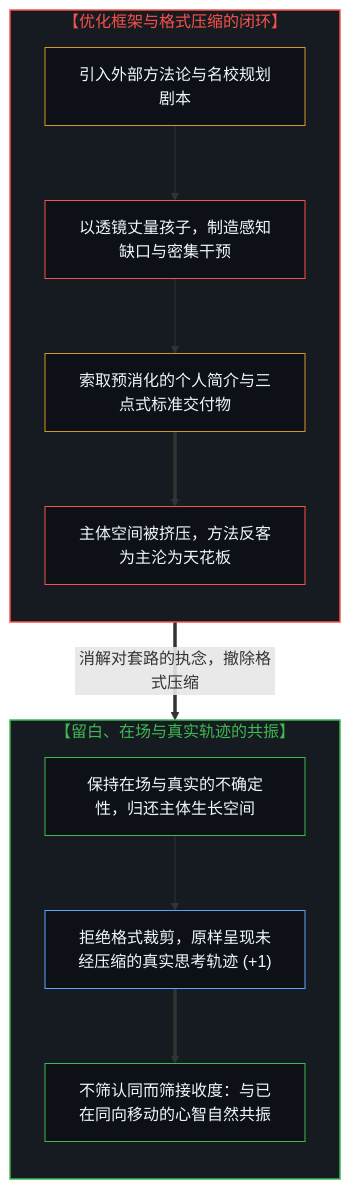
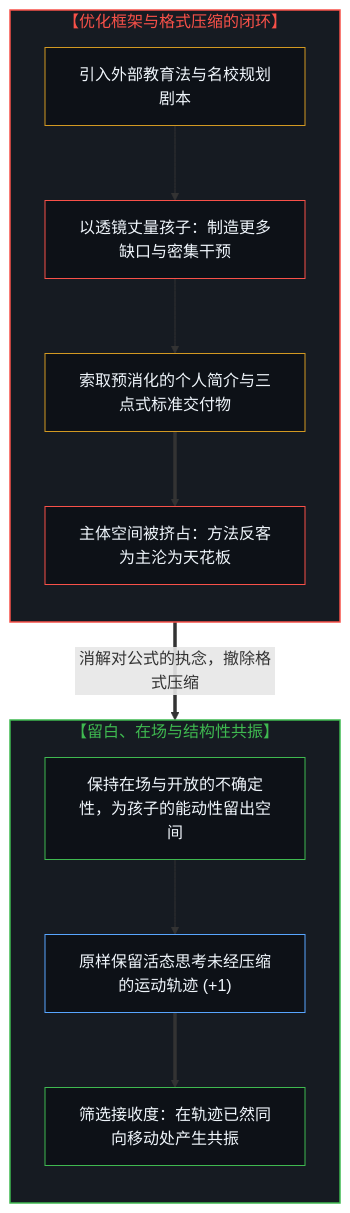
The first of 2 diagrams in content/posts/on-education.md (powerpig99/not-a-toe), drawn with Mermaid before and after one commit. The commit also changed other lines of this file and 3 other files, not shown here.

````diff
--- a/content/posts/on-education.md
+++ b/content/posts/on-education.md
@@ -33,31 +33,28 @@
 ```mermaid
 flowchart TD
     subgraph S_Optimize["【优化框架与格式压缩的闭环】"]
         direction TB
-        Lens["引入外部方法论与名校规划剧本"]
-        Deficit["以透镜丈量孩子，制造感知缺口与密集干预"]
+        Lens["引入外部教育法与名校规划剧本"]
+        Deficit["以透镜丈量孩子：制造更多缺口与密集干预"]
         Slot["索取预消化的个人简介与三点式标准交付物"]
-        Ceiling["主体空间被挤压，方法反客为主沦为天花板"]
+        Ceiling["主体空间被挤占：方法反客为主沦为天花板"]
         Lens --> Deficit --> Slot ==> Ceiling
     end
-
-    S_Optimize ==>|"消解对套路的执念，撤除格式压缩"| S_Resonance
-
-    subgraph S_Resonance["【留白、在场与真实轨迹的共振】"]
+    S_Optimize ==>|"消解对公式的执念，撤除格式压缩"| S_Resonance
+    subgraph S_Resonance["【留白、在场与结构性共振】"]
         direction TB
-        Uncertain["保持在场与真实的不确定性，归还主体生长空间"]
-        Uncompressed["拒绝格式裁剪，原样呈现未经压缩的真实思考轨迹 (+1)"]
-        Resonate["不筛认同而筛接收度：与已在同向移动的心智自然共振"]
+        Uncertain["保持在场与开放的不确定性，为孩子的能动性留出空间"]
+        Uncompressed["原样保留活态思考未经压缩的运动轨迹 (+1)"]
+        Resonate["筛选接收度：在轨迹已然同向移动处产生共振"]
         Uncertain --> Uncompressed ==> Resonate
     end
-
     style S_Optimize fill:#161b22,stroke:#f85149,stroke-width:1.5px,color:#f85149
     style S_Resonance fill:#161b22,stroke:#3fb950,stroke-width:1.5px,color:#3fb950
     style Lens fill:#0d1117,stroke:#d29922,stroke-width:1px,color:#f0f6fc
     style Deficit fill:#0d1117,stroke:#f85149,stroke-width:1px,color:#f0f6fc
     style Slot fill:#0d1117,stroke:#d29922,stroke-width:1px,color:#f0f6fc
     style Ceiling fill:#0d1117,stroke:#f85149,stroke-width:1px,color:#f0f6fc
     style Uncertain fill:#0d1117,stroke:#3fb950,stroke-width:1px,color:#f0f6fc
     style Uncompressed fill:#0d1117,stroke:#58a6ff,stroke-width:1px,color:#f0f6fc
     style Resonate fill:#0d1117,stroke:#3fb950,stroke-width:1px,color:#f0f6fc
 ```
````
